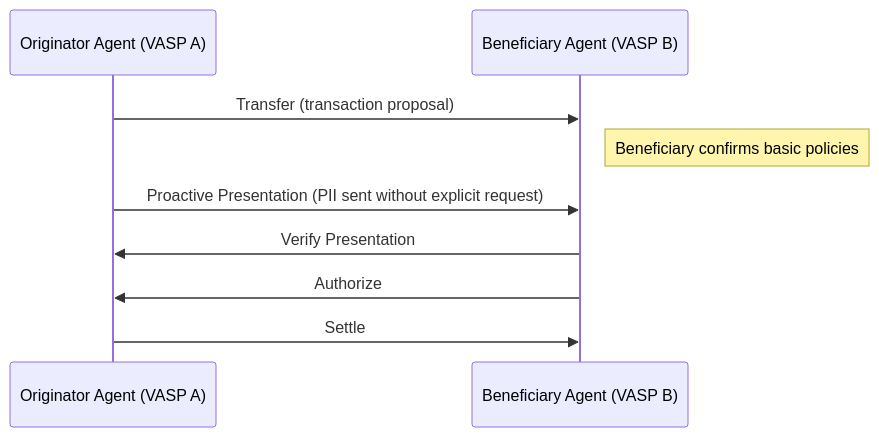
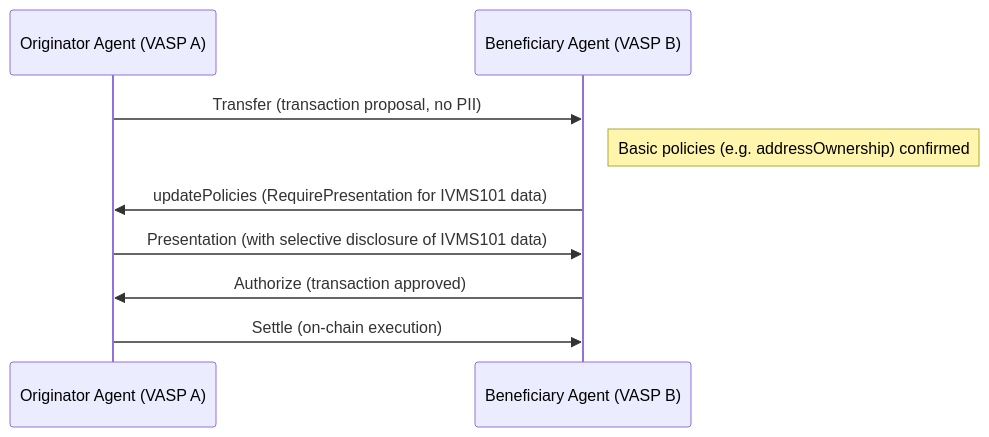
Before and after one commit to TransactionAuthorizationProtocol/TAIPs: the second of 2 diagrams in TAIPs/taip-10.md, drawn with Mermaid. The commit also changed other lines of this file, not shown here.

Commit message:
Clarifying and fixing TR flows

````diff
--- a/TAIPs/taip-10.md
+++ b/TAIPs/taip-10.md
@@ -209,12 +200,12 @@
 ```mermaid
 sequenceDiagram
     participant O as Originator Agent (VASP A)
     participant B as Beneficiary Agent (VASP B)
 
-    O->>B: Transfer (transaction proposal)
-    note right of B: Beneficiary confirms basic policies
-    O->>B: Proactive Presentation (PII sent without explicit request)
-    B->>O: Verify Presentation
-    B->>O: Authorize
-    O->>B: Settle
+    O->>B: Transfer (transaction proposal, no PII)
+    note right of B: Basic policies (e.g. addressOwnership) confirmed
+    B->>O: updatePolicies (RequirePresentation for IVMS101 data)
+    O->>B: Presentation (with selective disclosure of IVMS101 data)
+    B->>O: Authorize (transaction approved)
+    O->>B: Settle (on-chain execution)
 ```
````
